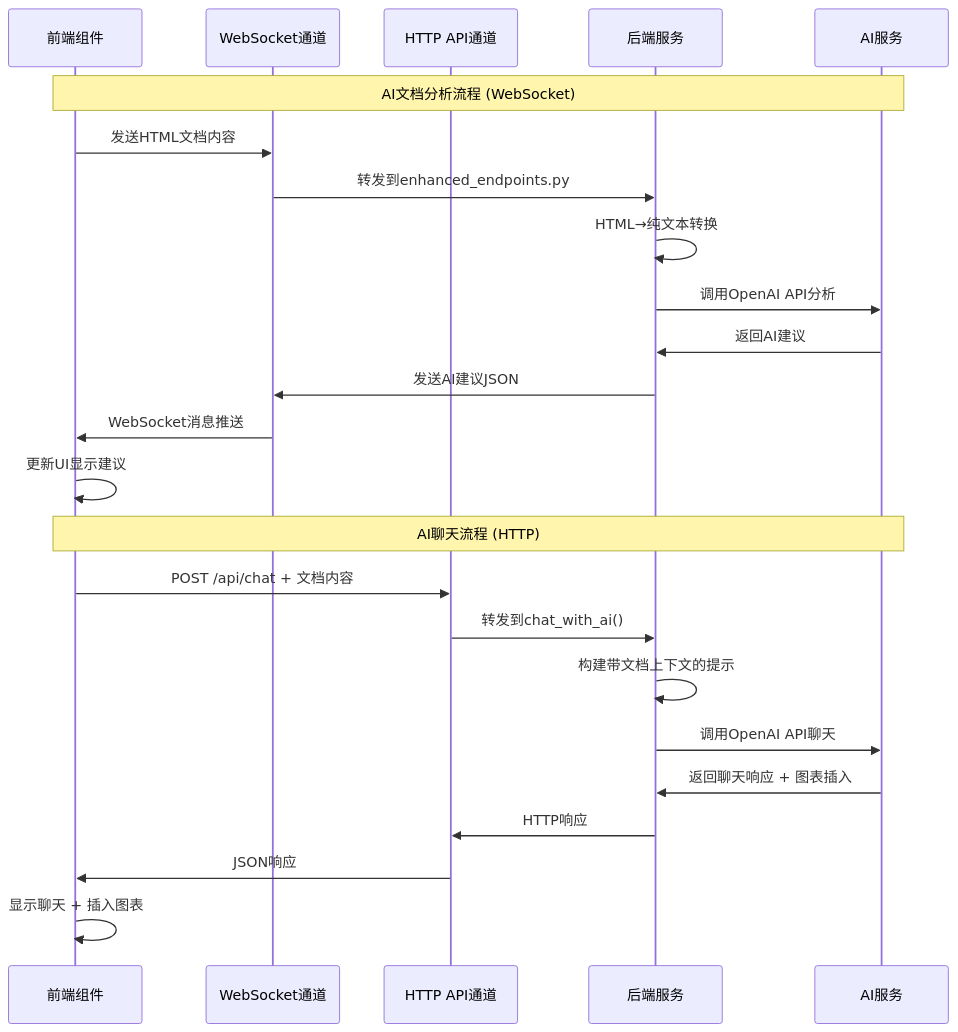
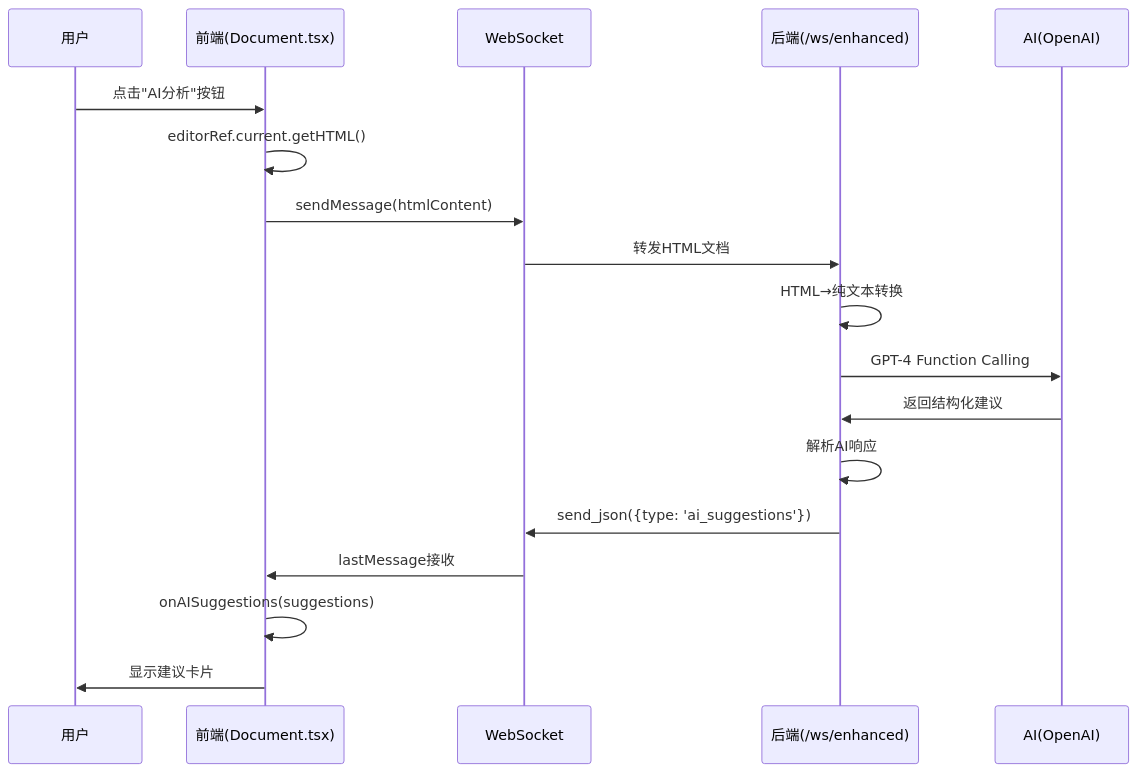
One commit to kailliang/Document-Intelligence changed the fourth of 5 diagrams in SYSTEM_ARCHITECTURE.md. Above: the diagram before and after it, drawn with Mermaid. The commit also changed other lines of this file and 20 other files, not shown here.

First line of the commit message:
Add comprehensive AI analysis flow documentation and improve CLAUDE.md

````diff
--- a/SYSTEM_ARCHITECTURE.md
+++ b/SYSTEM_ARCHITECTURE.md
@@ -975,28 +770,21 @@
 ```mermaid
 sequenceDiagram
-    participant F as 前端组件
-    participant W as WebSocket通道
-    participant H as HTTP API通道
-    participant B as 后端服务
-    participant A as AI服务
-
-    Note over F,A: AI文档分析流程 (WebSocket)
-    F->>W: 发送HTML文档内容
-    W->>B: 转发到enhanced_endpoints.py
+    participant U as 用户
+    participant F as 前端(Document.tsx)
+    participant W as WebSocket
+    participant B as 后端(/ws/enhanced)
+    participant A as AI(OpenAI)
+    
+    U->>F: 点击"AI分析"按钮
+    F->>F: editorRef.current.getHTML()
+    F->>W: sendMessage(htmlContent)
+    W->>B: 转发HTML文档
     B->>B: HTML→纯文本转换
-    B->>A: 调用OpenAI API分析
-    A->>B: 返回AI建议
-    B->>W: 发送AI建议JSON
-    W->>F: WebSocket消息推送
-    F->>F: 更新UI显示建议
-
-    Note over F,A: AI聊天流程 (HTTP)
-    F->>H: POST /api/chat + 文档内容
-    H->>B: 转发到chat_with_ai()
-    B->>B: 构建带文档上下文的提示
-    B->>A: 调用OpenAI API聊天
-    A->>B: 返回聊天响应 + 图表插入
-    B->>H: HTTP响应
-    H->>F: JSON响应
-    F->>F: 显示聊天 + 插入图表
+    B->>A: GPT-4 Function Calling
+    A->>B: 返回结构化建议
+    B->>B: 解析AI响应
+    B->>W: send_json({type: 'ai_suggestions'})
+    W->>F: lastMessage接收
+    F->>F: onAISuggestions(suggestions)
+    F->>U: 显示建议卡片
 ```
````
